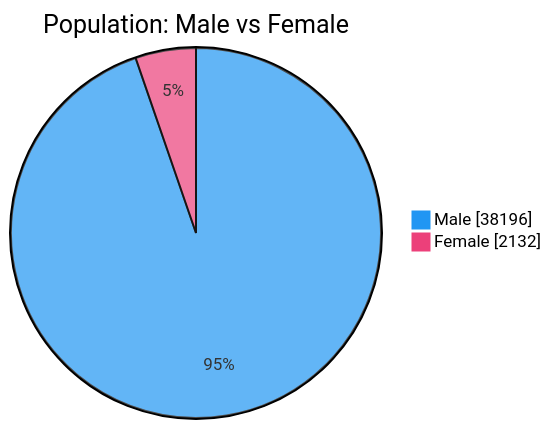
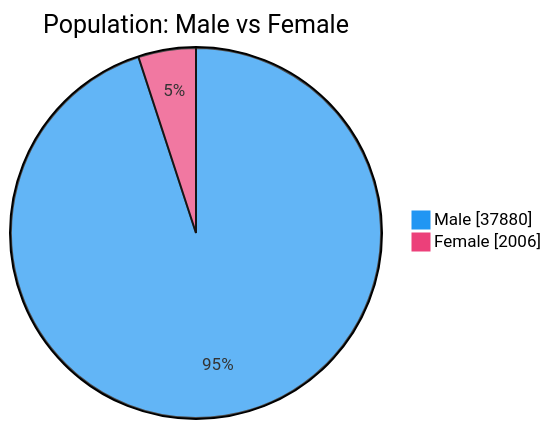
Before and after one commit to nuuuwan/lk_prisons: the second of 7 diagrams in README.md, drawn with Mermaid. The commit also changed other lines of this file and 1 other file, not shown here.

````diff
--- a/README.md
+++ b/README.md
@@ -54,6 +54,6 @@
 ```mermaid
 %%{init: {'themeVariables': {'pie1': '#2196F3', 'pie2': '#EC407A'}}}%%
 pie showData title Population: Male vs Female
-    "Male" : 38196
-    "Female" : 2132
+    "Male" : 37880
+    "Female" : 2006
 ```
````
